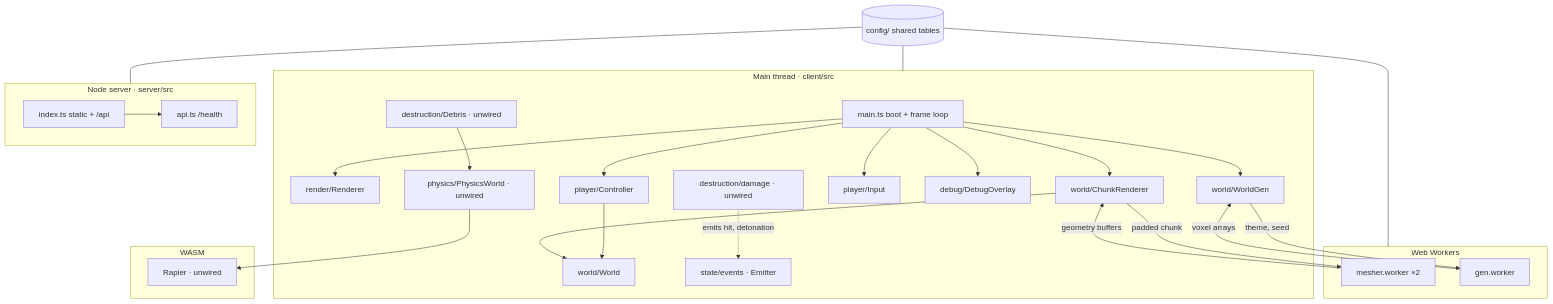
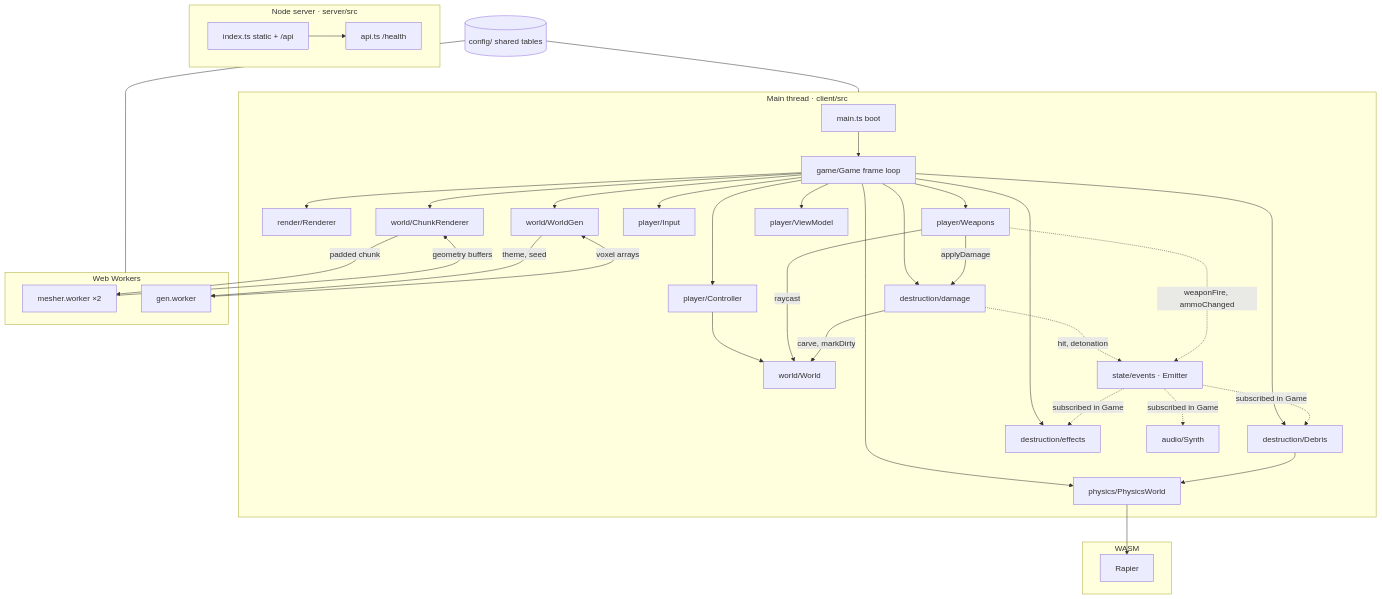
The first of 8 diagrams in docs/DEVELOPER-TREE.md (chesterbait88/Sandbox), drawn with Mermaid before and after one commit. The commit also changed other lines of this file and 15 other files, not shown here.

First line of the commit message:
phase 2: destruction — applyDamage, all weapons, chain reactions, Rapier debris, effects, synth audio

````diff
--- a/docs/DEVELOPER-TREE.md
+++ b/docs/DEVELOPER-TREE.md
@@ -7,42 +7,50 @@
 ```mermaid
 flowchart TB
     subgraph main[Main thread · client/src]
-        M[main.ts boot + frame loop]
+        M[main.ts boot]
+        G[game/Game frame loop]
         R[render/Renderer]
         W[world/World]
         CR[world/ChunkRenderer]
         WG[world/WorldGen]
         PC[player/Controller]
         IN[player/Input]
-        DB[debug/DebugOverlay]
+        WP[player/Weapons]
+        VM[player/ViewModel]
+        DM[destruction/damage]
+        DE[destruction/Debris]
+        EF[destruction/effects]
+        PH[physics/PhysicsWorld]
+        AU[audio/Synth]
         EV[state/events · Emitter]
-        DM[destruction/damage · unwired]
-        DE[destruction/Debris · unwired]
-        PH[physics/PhysicsWorld · unwired]
     end
     subgraph workers[Web Workers]
         MW[mesher.worker ×2]
         GW[gen.worker]
     end
     subgraph wasm[WASM]
-        RP[Rapier · unwired]
+        RP[Rapier]
     end
     subgraph server[Node server · server/src]
         SV[index.ts static + /api]
         AP[api.ts /health]
     end
     CFG[(config/ shared tables)]
-    M --> R & CR & WG & PC & IN & DB
+    M --> G
+    G --> R & CR & WG & PC & IN & WP & DM & DE & EF & PH & VM
     CR -- padded chunk --> MW
     MW -- geometry buffers --> CR
     WG -- theme, seed --> GW
     GW -- voxel arrays --> WG
     PC --> W
-    CR --> W
-    DM -. emits hit, detonation .-> EV
+    WP -- raycast --> W
+    WP -- applyDamage --> DM
+    DM -- carve, markDirty --> W
+    DM -. hit, detonation .-> EV
+    WP -. weaponFire, ammoChanged .-> EV
+    EV -. subscribed in Game .-> DE & EF & AU
     DE --> PH --> RP
     SV --> AP
     CFG --- main
     CFG --- workers
-    CFG --- server
 ```
````
